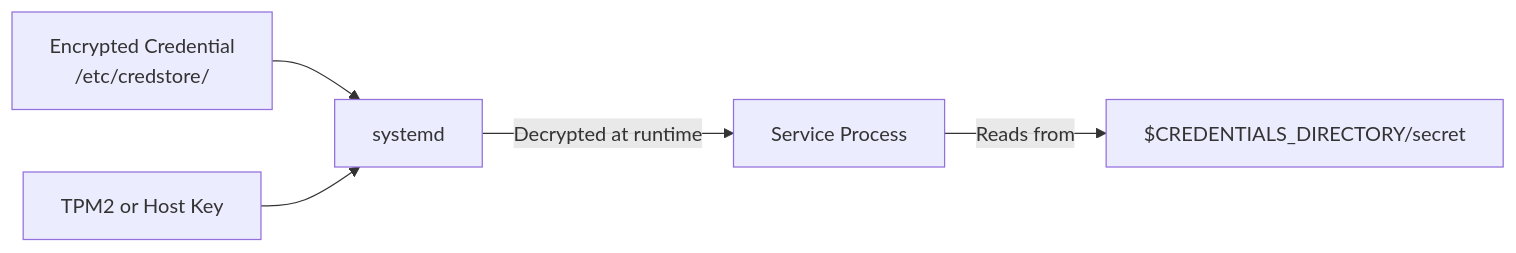
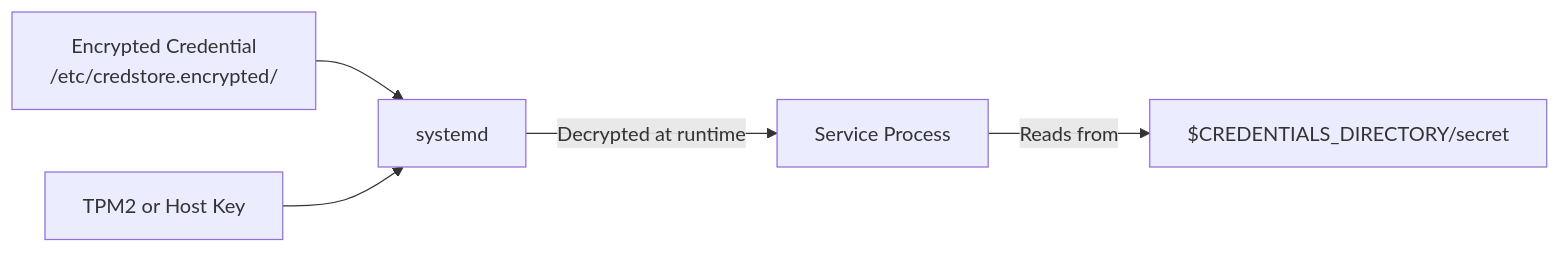
One commit to OneUptime/blog changed the diagram in posts/2026-03-04-systemd-credentials-secret-injection-rhel-9/README.md. Above: the diagram before and after it, drawn with Mermaid. The commit also changed other lines of this file and 875 other files, not shown here.

````diff
--- a/posts/2026-03-04-systemd-credentials-secret-injection-rhel-9/README.md
+++ b/posts/2026-03-04-systemd-credentials-secret-injection-rhel-9/README.md
@@ -15,7 +15,7 @@
 ```mermaid
 graph LR
-    A[Encrypted Credential<br>/etc/credstore/] --> B[systemd]
+    A[Encrypted Credential<br>/etc/credstore.encrypted/] --> B[systemd]
     B -->|Decrypted at runtime| C[Service Process]
     C -->|Reads from| D[$CREDENTIALS_DIRECTORY/secret]
     E[TPM2 or Host Key] --> B
 ```
````
